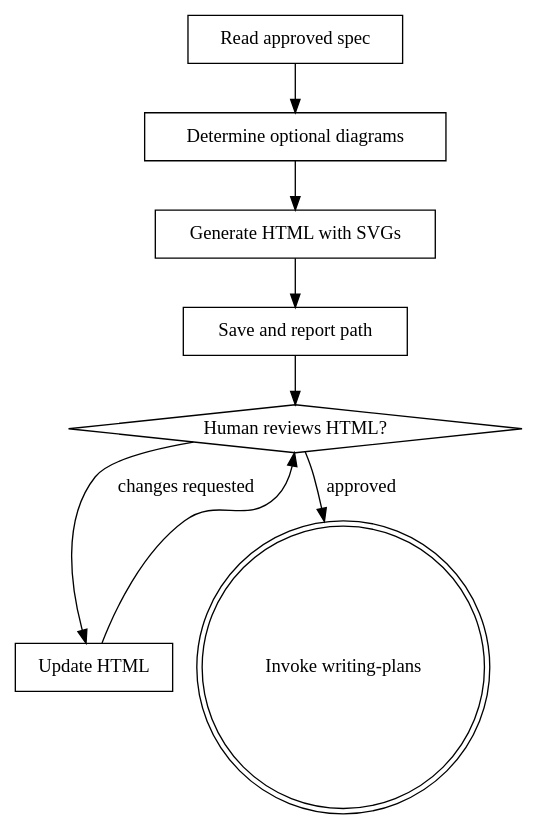
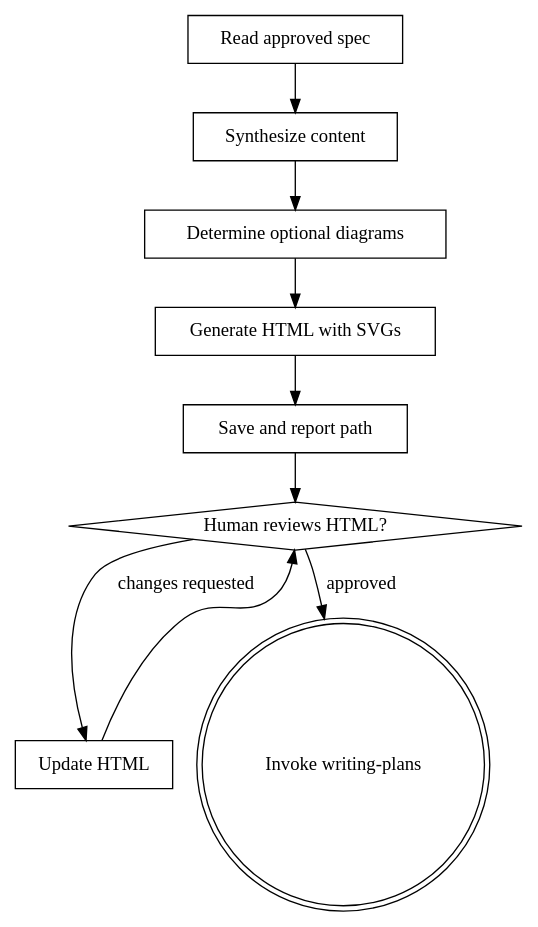
Before and after one commit to msksirawich/superpowers: the diagram in skills/writing-html-design-doc/SKILL.md, drawn with Graphviz. The commit also changed other lines of this file and 1 other file, not shown here.

````diff
--- a/skills/writing-html-design-doc/SKILL.md
+++ b/skills/writing-html-design-doc/SKILL.md
@@ -18,19 +23,21 @@
 ```dot
 digraph html_design_doc {
     "Read approved spec" [shape=box];
     "Determine optional diagrams" [shape=box];
     "Generate HTML with SVGs" [shape=box];
     "Save and report path" [shape=box];
     "Human reviews HTML?" [shape=diamond];
     "Update HTML" [shape=box];
     "Invoke writing-plans" [shape=doublecircle];
 
-    "Read approved spec" -> "Determine optional diagrams";
+    "Synthesize content" [shape=box];
+    "Read approved spec" -> "Synthesize content";
+    "Synthesize content" -> "Determine optional diagrams";
     "Determine optional diagrams" -> "Generate HTML with SVGs";
     "Generate HTML with SVGs" -> "Save and report path";
     "Save and report path" -> "Human reviews HTML?";
     "Human reviews HTML?" -> "Invoke writing-plans" [label="approved"];
     "Human reviews HTML?" -> "Update HTML" [label="changes requested"];
     "Update HTML" -> "Human reviews HTML?";
 }
 ```
````
